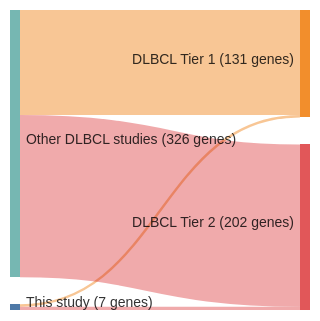
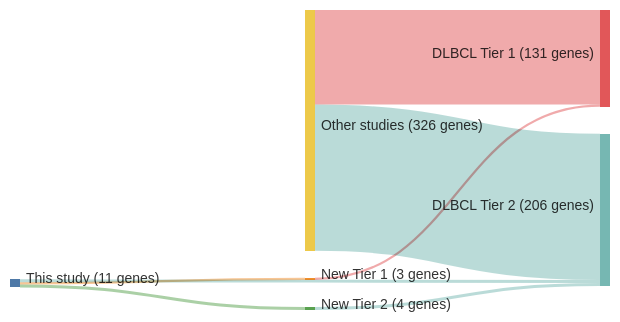
One commit to morinlab/lymphopedia changed the diagram in papers/pasqualucciAnalysisCodingGenome2011.md. Above: the diagram before and after it, drawn with Mermaid. The commit also changed 82 other files, not shown here.

````diff
--- a/papers/pasqualucciAnalysisCodingGenome2011.md
+++ b/papers/pasqualucciAnalysisCodingGenome2011.md
@@ -12,18 +12,21 @@
 ```mermaid
 ---
 config:
     sankey:
         showValues: true
         linkColor: target
-        width: 300
+        width: 600
         height: 300
         nodeAlignment: right
         prefix: '('
         suffix: ' genes)'
 ---
 sankey-beta
-This study, DLBCL Tier 1, 3
+This study, New Tier 1, 3
+New Tier 1, DLBCL Tier 1, 3
 This study, DLBCL Tier 2, 4
-Other DLBCL studies, DLBCL Tier 1, 128
-Other DLBCL studies, DLBCL Tier 2, 198
+This study, New Tier 2, 4
+New Tier 2, DLBCL Tier 2, 4
+Other studies, DLBCL Tier 1, 128
+Other studies, DLBCL Tier 2, 198
 ```
````
